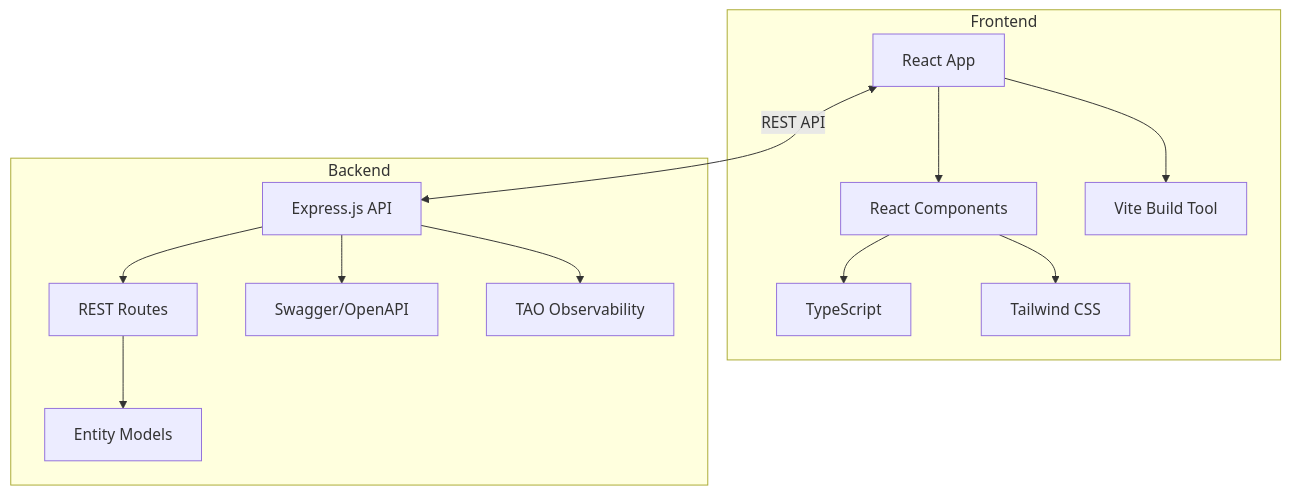
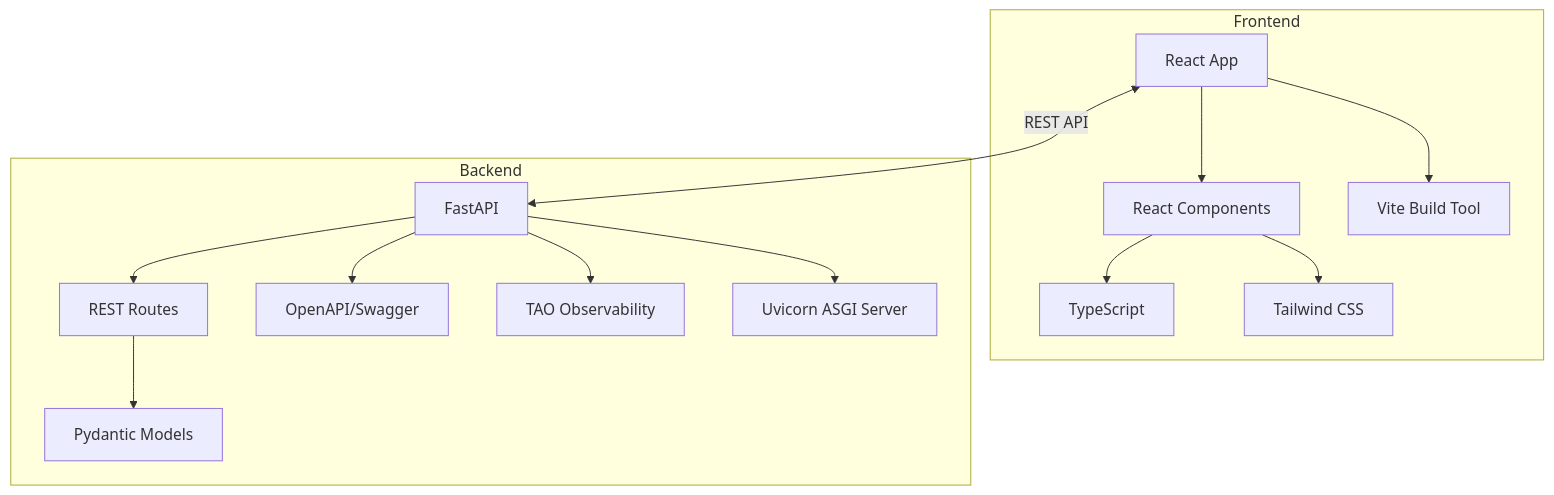
The second of 2 diagrams in docs/architecture.md (alainvetier/copilot-agent-mode), drawn with Mermaid before and after one commit. The commit also changed other lines of this file and 14 other files, not shown here.

````diff
--- a/docs/architecture.md
+++ b/docs/architecture.md
@@ -39,18 +40,19 @@
 ```mermaid
 flowchart TD
     subgraph "Frontend"
         F[React App] --> FC[React Components]
         FC --> FT[TypeScript]
         FC --> FCSS[Tailwind CSS]
         F --> FV[Vite Build Tool]
     end
     
     subgraph "Backend"
-        B[Express.js API] --> BR[REST Routes]
-        BR --> BM[Entity Models]
-        B --> BS[Swagger/OpenAPI]
+        B[FastAPI] --> BR[REST Routes]
+        BR --> BM[Pydantic Models]
+        B --> BS[OpenAPI/Swagger]
         B --> BO[TAO Observability]
+        B --> BU[Uvicorn ASGI Server]
     end
     
     F <--REST API--> B
 ```
````
